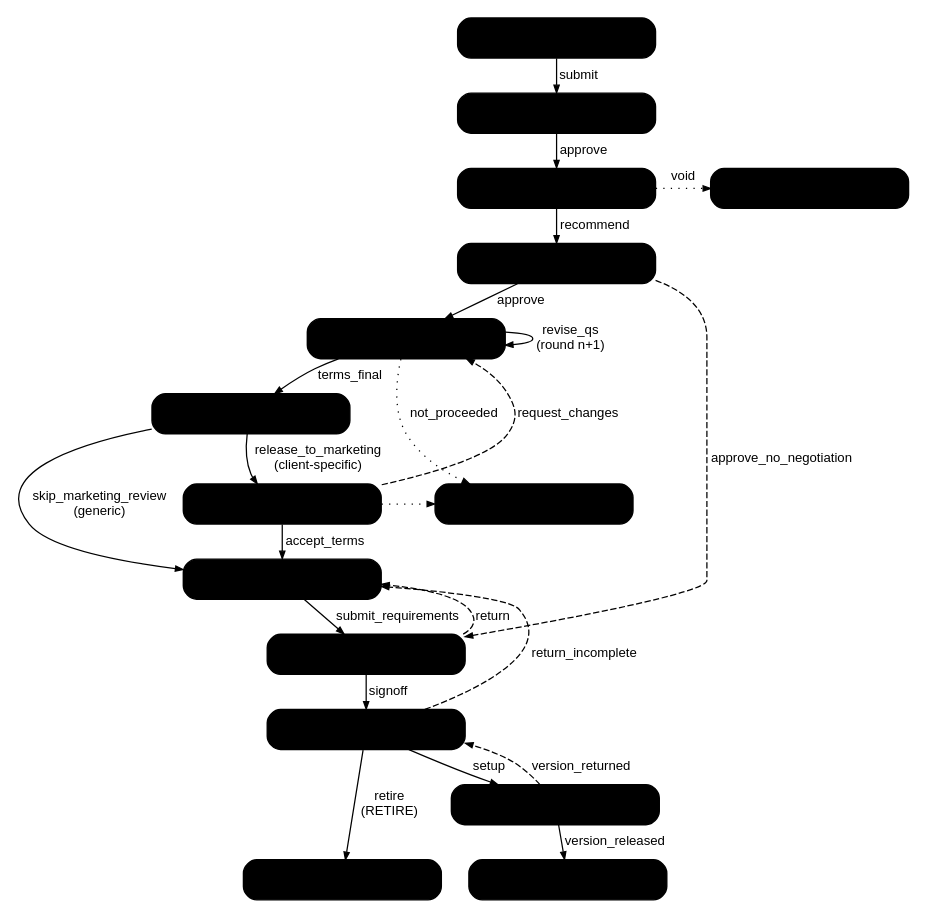
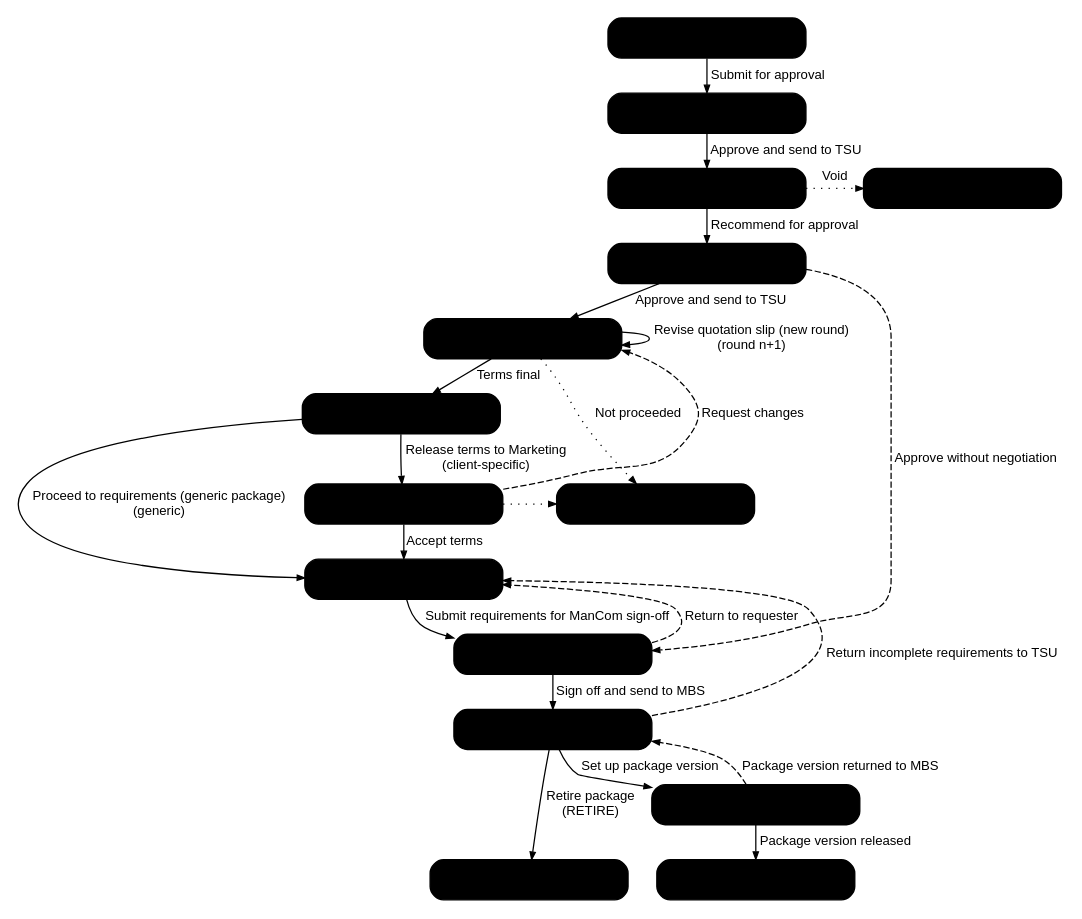
Before and after one commit to IortaTexhNXT-DEV/FinVerse: the diagram in docs/deliverables/src/BRD-03_Product_Maintenance/figures/brd03_workflow.dot, drawn with Graphviz. The commit also changed 42 other files, not shown here.

```diff
--- a/docs/deliverables/src/BRD-03_Product_Maintenance/figures/brd03_workflow.dot
+++ b/docs/deliverables/src/BRD-03_Product_Maintenance/figures/brd03_workflow.dot
@@ -1,50 +1,50 @@
 // BRD-3: workflow PM_PACKAGE_REQUEST (V755). FRS section 5. Stage owner permission in the second line.
 digraph pm_workflow {
   graph [rankdir=TB, fontname="Arial", nodesep=0.3, ranksep=0.22, bgcolor="white", pad=0.1];
   node  [shape=box, style="rounded,filled", fillcolor="@BG_BLUE", color="@HEADER_BLUE", penwidth=1.1,
          fontname="Arial", fontsize=12, fontcolor="@NEAR_BLACK", width=2.2, height=0.45, margin="0.08,0.02"];
   edge  [color="@MUTED", arrowsize=0.6, fontname="Arial", fontsize=10.5, fontcolor="@TEXT"];
 
   DRAFT             [label="DRAFT\nMarketing AO / TSU"];
   FOR_MKT_APPROVAL  [label="FOR_MKT_APPROVAL\nMarketing TL / TH / UH"];
   FOR_TSU_REVIEW    [label="FOR_TSU_REVIEW\nTSU TL"];
   FOR_TSU_APPROVAL  [label="FOR_TSU_APPROVAL\nTSU TH"];
   NEGOTIATION       [label="NEGOTIATION\nTSU Officer / TL"];
   TERMS_REVIEW      [label="TERMS_REVIEW\nTSU TH"];
   FOR_MKT_REVIEW    [label="FOR_MKT_REVIEW\nMarketing"];
   REQUIREMENTS_PREP [label="REQUIREMENTS_PREP\nTSU"];
   FOR_MANCOM        [label="FOR_MANCOM\nManCom"];
   WITH_MBS          [label="WITH_MBS\nMBS"];
   FOR_VALIDATION    [label="FOR_VALIDATION\nTSU Head / Business Admin"];
   RELEASED          [label="RELEASED", fillcolor="@SUCCESS_BG", color="@SUCCESS"];
   RETIRED           [label="RETIRED", fillcolor="@SUCCESS_BG", color="@SUCCESS"];
   NOT_PROCEEDED     [label="NOT_PROCEEDED", fillcolor="@DIRTY_WHITE", color="@MUTED"];
   VOIDED            [label="VOIDED", fillcolor="@DIRTY_WHITE", color="@MUTED"];
 
-  DRAFT -> FOR_MKT_APPROVAL [label=" submit"];
-  FOR_MKT_APPROVAL -> FOR_TSU_REVIEW [label=" approve"];
-  FOR_TSU_REVIEW -> FOR_TSU_APPROVAL [label=" recommend"];
-  FOR_TSU_APPROVAL -> NEGOTIATION [label=" approve"];
-  NEGOTIATION -> NEGOTIATION [label=" revise_qs\n (round n+1)"];
-  NEGOTIATION -> TERMS_REVIEW [label=" terms_final"];
-  TERMS_REVIEW -> FOR_MKT_REVIEW [label=" release_to_marketing\n (client-specific)"];
-  TERMS_REVIEW -> REQUIREMENTS_PREP [label=" skip_marketing_review\n (generic)"];
-  FOR_MKT_REVIEW -> REQUIREMENTS_PREP [label=" accept_terms"];
-  FOR_MKT_REVIEW -> NEGOTIATION [label=" request_changes", style=dashed, constraint=false];
-  FOR_TSU_APPROVAL -> FOR_MANCOM [label=" approve_no_negotiation", style=dashed];
-  REQUIREMENTS_PREP -> FOR_MANCOM [label=" submit_requirements"];
-  FOR_MANCOM -> WITH_MBS [label=" signoff"];
-  FOR_MANCOM -> REQUIREMENTS_PREP [label=" return", style=dashed, constraint=false];
-  WITH_MBS -> REQUIREMENTS_PREP [label=" return_incomplete", style=dashed, constraint=false];
-  WITH_MBS -> FOR_VALIDATION [label=" setup"];
-  WITH_MBS -> RETIRED [label=" retire\n (RETIRE)"];
-  FOR_VALIDATION -> RELEASED [label=" version_released"];
-  FOR_VALIDATION -> WITH_MBS [label=" version_returned", style=dashed, constraint=false];
-  NEGOTIATION -> NOT_PROCEEDED [label=" not_proceeded", style=dotted];
+  DRAFT -> FOR_MKT_APPROVAL [label=" Submit for approval"];
+  FOR_MKT_APPROVAL -> FOR_TSU_REVIEW [label=" Approve and send to TSU"];
+  FOR_TSU_REVIEW -> FOR_TSU_APPROVAL [label=" Recommend for approval"];
+  FOR_TSU_APPROVAL -> NEGOTIATION [label=" Approve and send to TSU"];
+  NEGOTIATION -> NEGOTIATION [label=" Revise quotation slip (new round)\n (round n+1)"];
+  NEGOTIATION -> TERMS_REVIEW [label=" Terms final"];
+  TERMS_REVIEW -> FOR_MKT_REVIEW [label=" Release terms to Marketing\n (client-specific)"];
+  TERMS_REVIEW -> REQUIREMENTS_PREP [label=" Proceed to requirements (generic package)\n (generic)"];
+  FOR_MKT_REVIEW -> REQUIREMENTS_PREP [label=" Accept terms"];
+  FOR_MKT_REVIEW -> NEGOTIATION [label=" Request changes", style=dashed, constraint=false];
+  FOR_TSU_APPROVAL -> FOR_MANCOM [label=" Approve without negotiation", style=dashed];
+  REQUIREMENTS_PREP -> FOR_MANCOM [label=" Submit requirements for ManCom sign-off"];
+  FOR_MANCOM -> WITH_MBS [label=" Sign off and send to MBS"];
+  FOR_MANCOM -> REQUIREMENTS_PREP [label=" Return to requester", style=dashed, constraint=false];
+  WITH_MBS -> REQUIREMENTS_PREP [label=" Return incomplete requirements to TSU", style=dashed, constraint=false];
+  WITH_MBS -> FOR_VALIDATION [label=" Set up package version"];
+  WITH_MBS -> RETIRED [label=" Retire package\n (RETIRE)"];
+  FOR_VALIDATION -> RELEASED [label=" Package version released"];
+  FOR_VALIDATION -> WITH_MBS [label=" Package version returned to MBS", style=dashed, constraint=false];
+  NEGOTIATION -> NOT_PROCEEDED [label=" Not proceeded", style=dotted];
   FOR_MKT_REVIEW -> NOT_PROCEEDED [style=dotted];
-  FOR_TSU_REVIEW -> VOIDED [label=" void", style=dotted];
+  FOR_TSU_REVIEW -> VOIDED [label=" Void", style=dotted];
 
   { rank=same; FOR_TSU_REVIEW; VOIDED; }
   { rank=same; FOR_MKT_REVIEW; NOT_PROCEEDED; }
   { rank=same; RELEASED; RETIRED; }
 }
```
